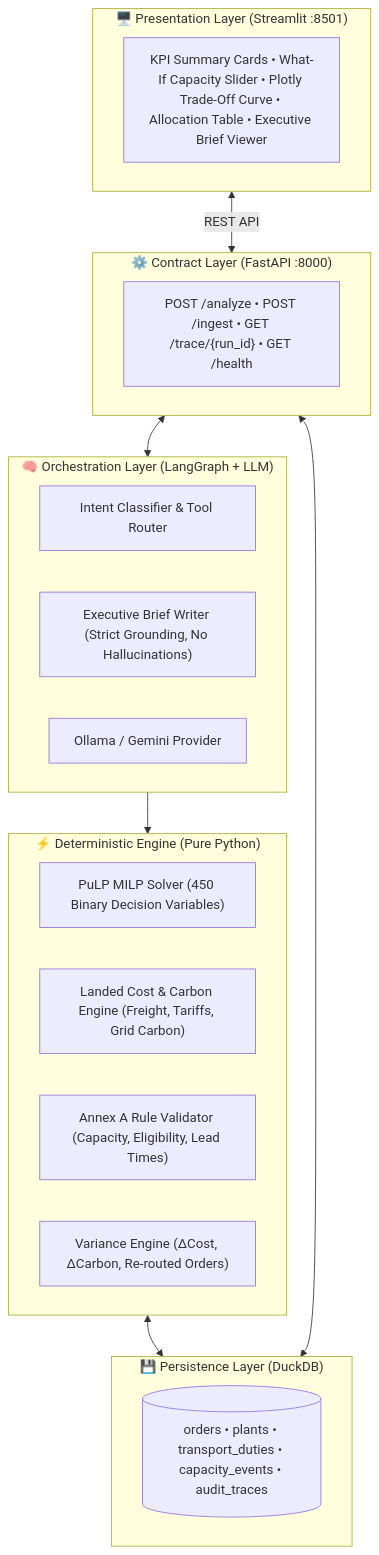
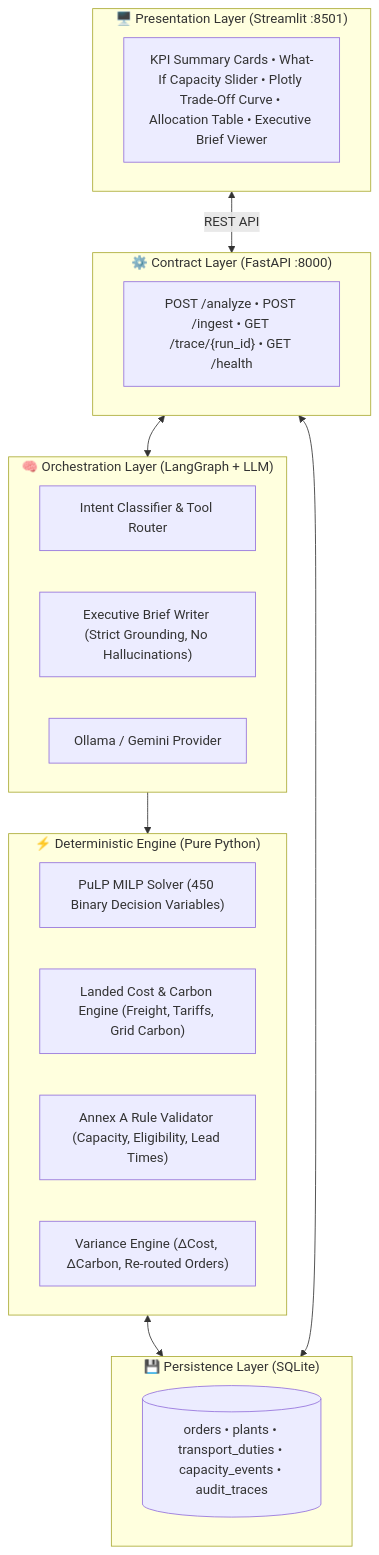
The diagram in README.md (AniketRajSingh/Multi-Plant-Order-Allocation-with-Cost-and-Carbon), drawn with Mermaid before and after one commit. The commit also changed other lines of this file and 29 other files, not shown here.

Commit message:
feat(db): finalize SQLite persistence migration, purge legacy DuckDB artifacts, and unify activity log

````diff
--- a/README.md
+++ b/README.md
@@ -17,33 +17,33 @@
 ```mermaid
 flowchart TB
     subgraph UI["🖥️ Presentation Layer (Streamlit :8501)"]
         Dash["KPI Summary Cards • What-If Capacity Slider • Plotly Trade-Off Curve • Allocation Table • Executive Brief Viewer"]
     end
 
     subgraph API["⚙️ Contract Layer (FastAPI :8000)"]
         Endpoints["POST /analyze • POST /ingest • GET /trace/{run_id} • GET /health"]
     end
 
     subgraph Brain["🧠 Orchestration Layer (LangGraph + LLM)"]
         Router["Intent Classifier & Tool Router"]
         Brief["Executive Brief Writer (Strict Grounding, No Hallucinations)"]
         LLM["Ollama / Gemini Provider"]
     end
 
     subgraph Muscle["⚡ Deterministic Engine (Pure Python)"]
         Solver["PuLP MILP Solver (450 Binary Decision Variables)"]
         Matrix["Landed Cost & Carbon Engine (Freight, Tariffs, Grid Carbon)"]
         Validator["Annex A Rule Validator (Capacity, Eligibility, Lead Times)"]
         Diff["Variance Engine (ΔCost, ΔCarbon, Re-routed Orders)"]
     end
 
-    subgraph Storage["💾 Persistence Layer (DuckDB)"]
+    subgraph Storage["💾 Persistence Layer (SQLite)"]
         DB[("orders • plants • transport_duties • capacity_events • audit_traces")]
     end
 
     UI <-->|"REST API"| API
     API <--> Brain
     Brain --> Muscle
     Muscle <--> Storage
     API <--> Storage
 ```
````
